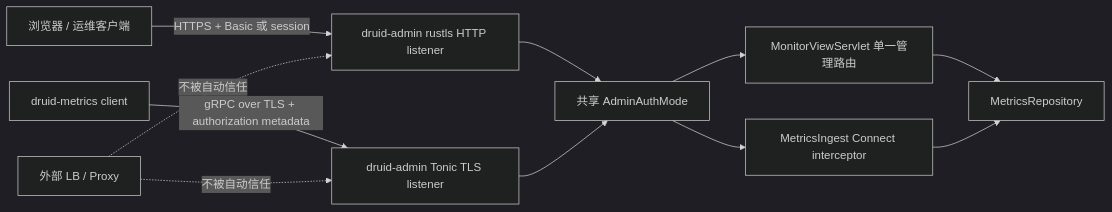
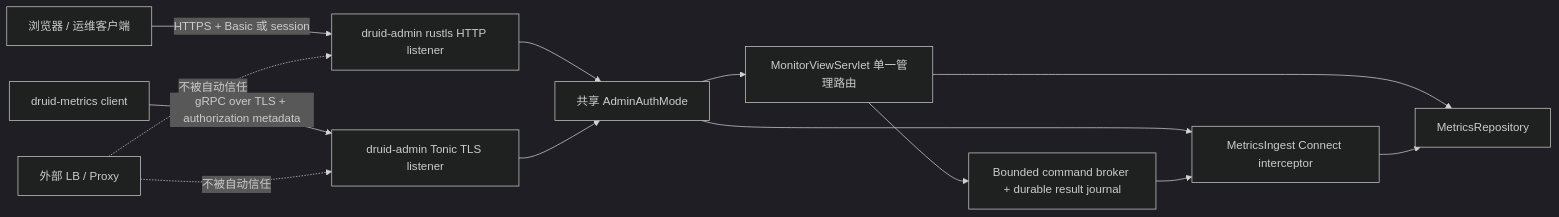
The diagram in docs/security/druid-admin-threat-model.md (easy-4-rust/druid-rust), drawn with Mermaid (dark theme) before and after one commit. The commit also changed other lines of this file and 40 other files, not shown here.

````diff
--- a/docs/security/druid-admin-threat-model.md
+++ b/docs/security/druid-admin-threat-model.md
@@ -18,14 +18,16 @@
 ```mermaid
 flowchart LR
     OP["浏览器 / 运维客户端"] -->|"HTTPS + Basic 或 session"| HTTP["druid-admin rustls HTTP listener"]
     AGENT["druid-metrics client"] -->|"gRPC over TLS + authorization metadata"| GRPC["druid-admin Tonic TLS listener"]
     HTTP --> AUTH["共享 AdminAuthMode"]
     GRPC --> AUTH
     AUTH --> SERVLET["MonitorViewServlet 单一管理路由"]
     AUTH --> INGEST["MetricsIngest Connect interceptor"]
+    SERVLET --> BROKER["Bounded command broker + durable result journal"]
+    BROKER --> INGEST
     SERVLET --> REPO["MetricsRepository"]
     INGEST --> REPO
 
     PROXY["外部 LB / Proxy"] -. "不被自动信任" .-> HTTP
     PROXY -. "不被自动信任" .-> GRPC
 ```
````
